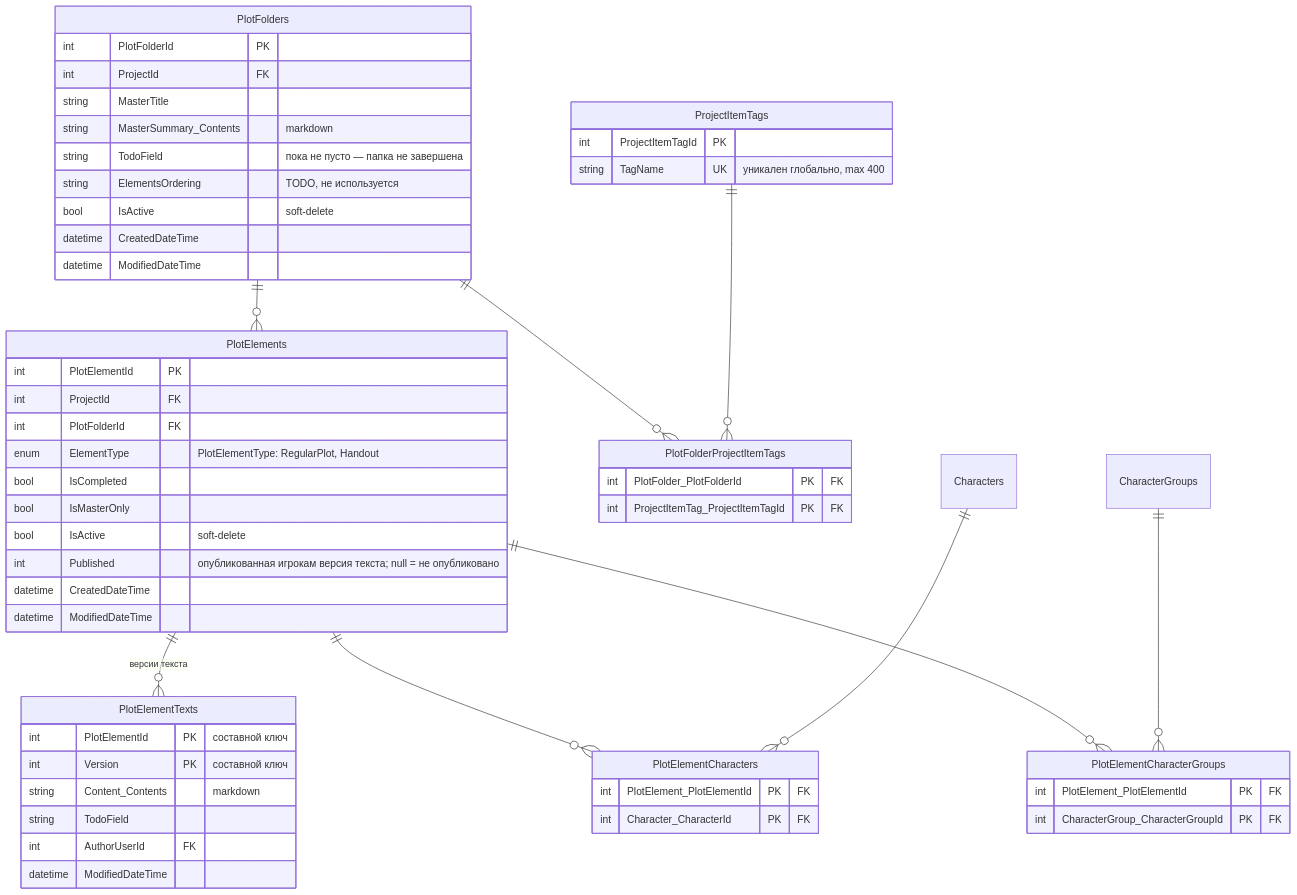
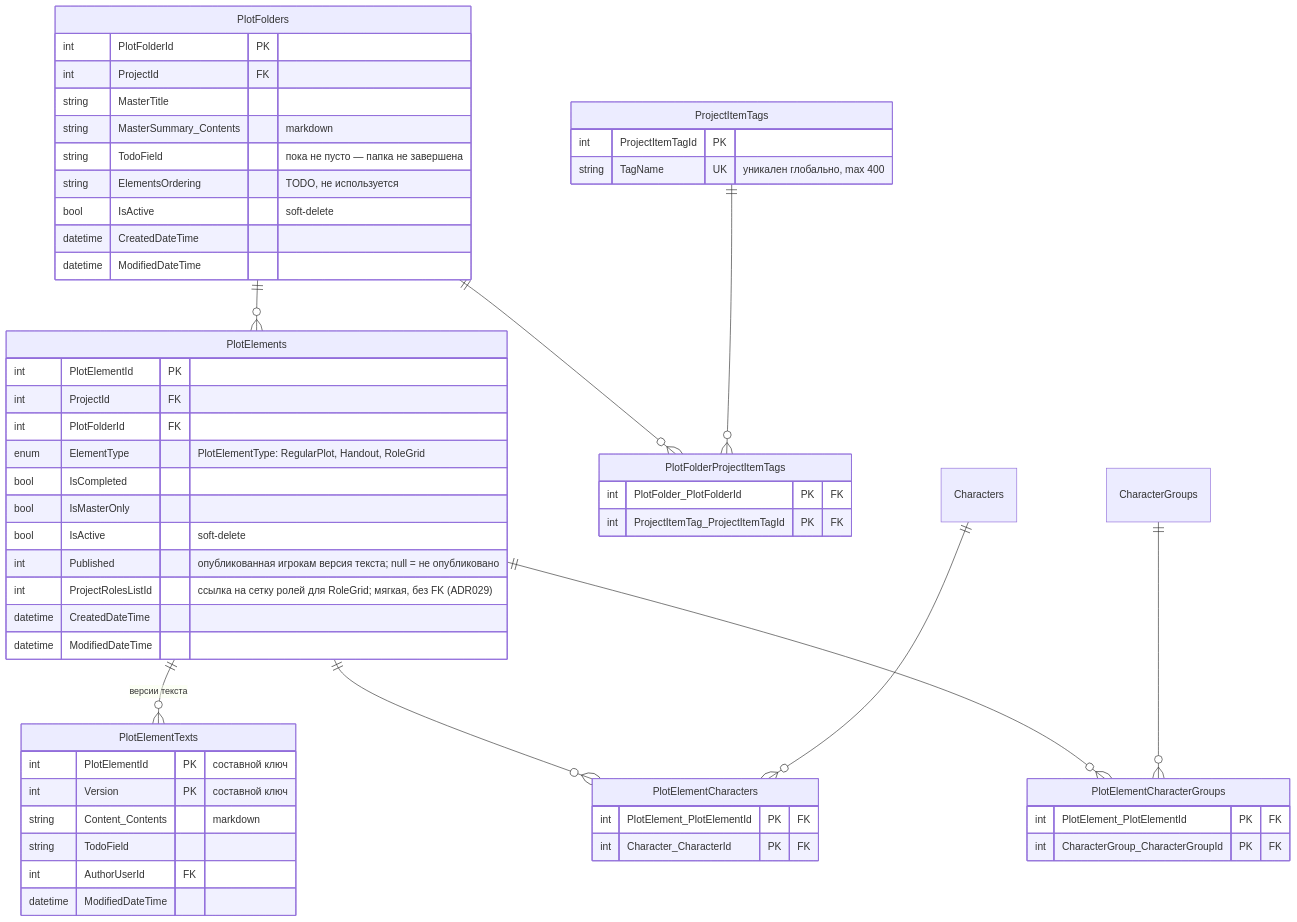
One commit to joinrpg/joinrpg-net changed the fifth of 11 diagrams in docs/db-schema.md. Above: the diagram before and after it, drawn with Mermaid. The commit also changed 22 other files, not shown here.

First line of the commit message:
feat(Plots): контракт вводных-сеток ролей — тип RoleGrid и ссылка на сетку (ADR029, PR 1)

````diff
--- a/docs/db-schema.md
+++ b/docs/db-schema.md
@@ -418,65 +418,66 @@
 ```mermaid
 erDiagram
     PlotFolders {
         int PlotFolderId PK
         int ProjectId FK
         string MasterTitle
         string MasterSummary_Contents "markdown"
         string TodoField "пока не пусто — папка не завершена"
         string ElementsOrdering "TODO, не используется"
         bool IsActive "soft-delete"
         datetime CreatedDateTime
         datetime ModifiedDateTime
     }
 
     PlotElements {
         int PlotElementId PK
         int ProjectId FK
         int PlotFolderId FK
-        enum ElementType "PlotElementType: RegularPlot, Handout"
+        enum ElementType "PlotElementType: RegularPlot, Handout, RoleGrid"
         bool IsCompleted
         bool IsMasterOnly
         bool IsActive "soft-delete"
         int Published "опубликованная игрокам версия текста; null = не опубликовано"
+        int ProjectRolesListId "ссылка на сетку ролей для RoleGrid; мягкая, без FK (ADR029)"
         datetime CreatedDateTime
         datetime ModifiedDateTime
     }
 
     PlotElementTexts {
         int PlotElementId PK "составной ключ"
         int Version PK "составной ключ"
         string Content_Contents "markdown"
         string TodoField
         int AuthorUserId FK
         datetime ModifiedDateTime
     }
 
     PlotElementCharacters {
         int PlotElement_PlotElementId PK "FK"
         int Character_CharacterId PK "FK"
     }
 
     PlotElementCharacterGroups {
         int PlotElement_PlotElementId PK "FK"
         int CharacterGroup_CharacterGroupId PK "FK"
     }
 
     ProjectItemTags {
         int ProjectItemTagId PK
         string TagName UK "уникален глобально, max 400"
     }
 
     PlotFolderProjectItemTags {
         int PlotFolder_PlotFolderId PK "FK"
         int ProjectItemTag_ProjectItemTagId PK "FK"
     }
 
     PlotFolders ||--o{ PlotElements : ""
     PlotElements ||--o{ PlotElementTexts : "версии текста"
     PlotElements ||--o{ PlotElementCharacters : ""
     Characters ||--o{ PlotElementCharacters : ""
     PlotElements ||--o{ PlotElementCharacterGroups : ""
     CharacterGroups ||--o{ PlotElementCharacterGroups : ""
     PlotFolders ||--o{ PlotFolderProjectItemTags : ""
     ProjectItemTags ||--o{ PlotFolderProjectItemTags : ""
 ```
````
